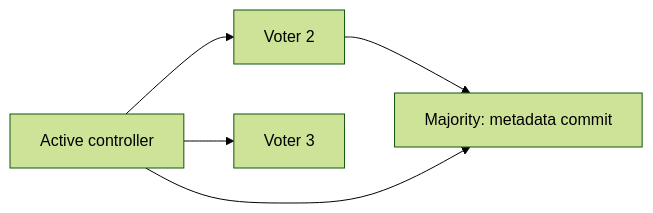
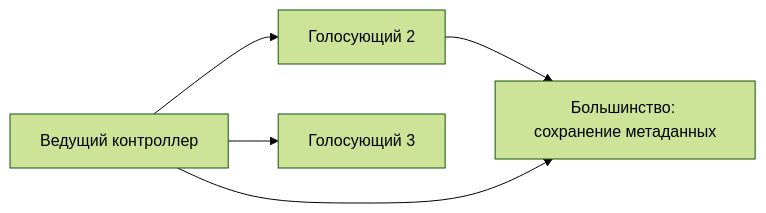
Before and after one commit to leary1337/vault: the diagram in docs/messaging/kafka/kraft.md, drawn with Mermaid (forest theme). The commit also changed other lines of this file and 325 other files, not shown here.

````diff
--- a/docs/messaging/kafka/kraft.md
+++ b/docs/messaging/kafka/kraft.md
@@ -49,7 +45,7 @@
 ```mermaid
 flowchart LR
-    Leader[Active controller] --> V2[Voter 2]
-    Leader --> V3[Voter 3]
-    V2 --> Majority[Majority: metadata commit]
+    Leader[Ведущий контроллер] --> V2[Голосующий 2]
+    Leader --> V3[Голосующий 3]
+    V2 --> Majority[Большинство: сохранение метаданных]
     Leader --> Majority
 ```
````
